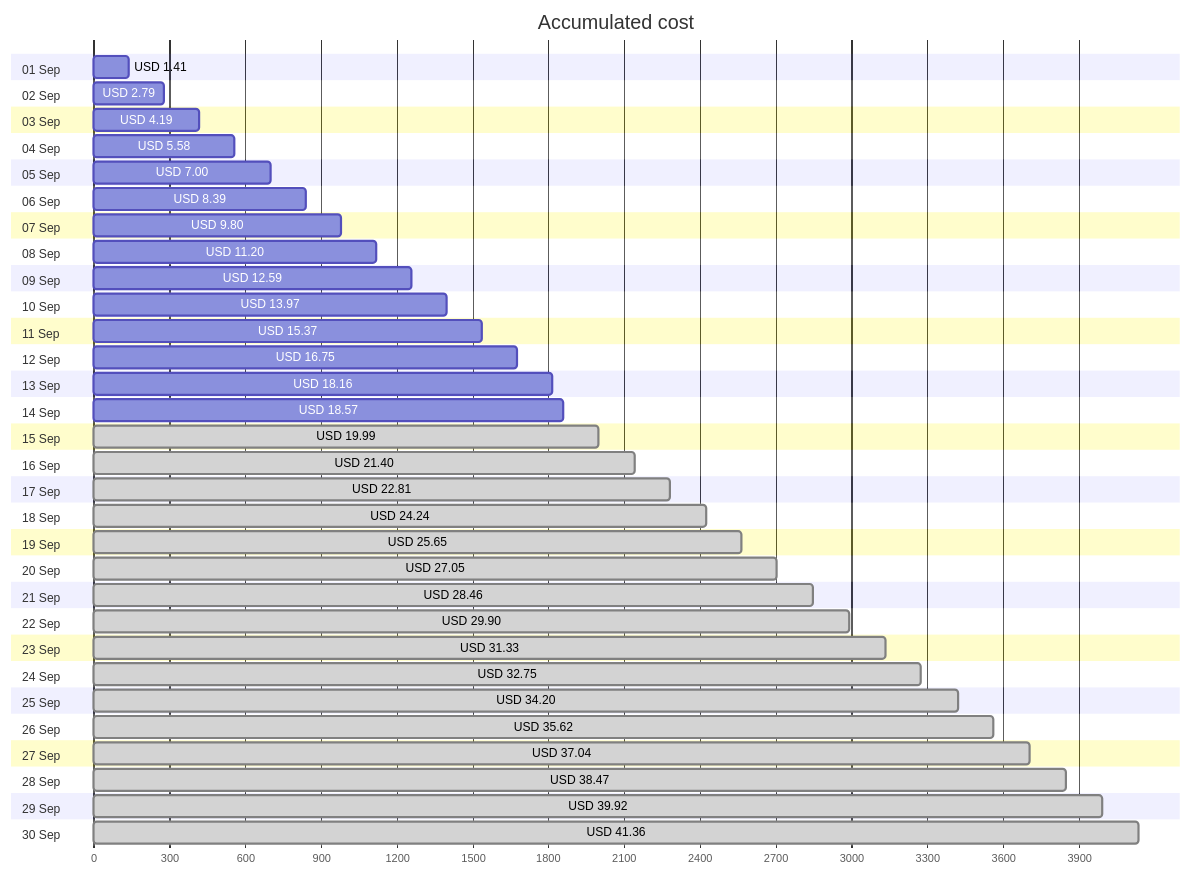
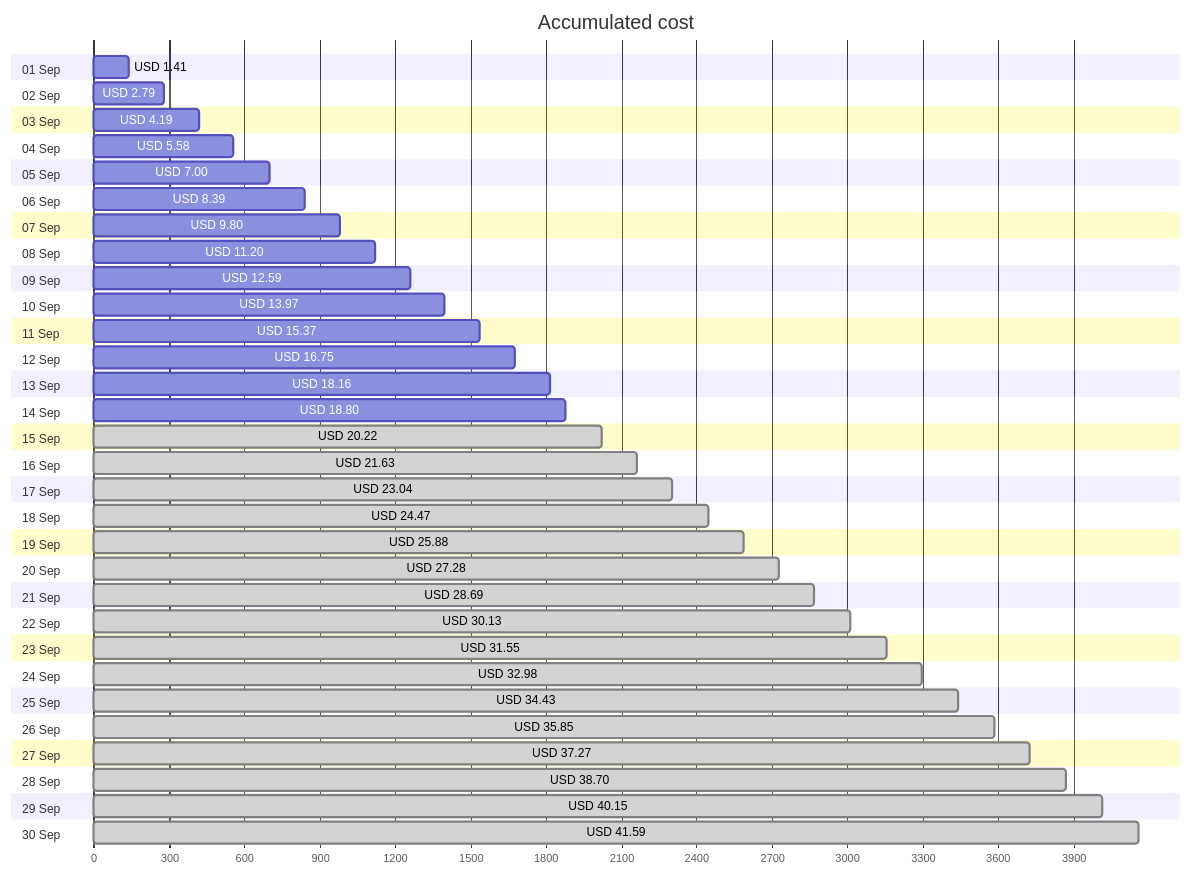
One commit to jpfulton/azure-personal-reports changed the first of 4 diagrams in cost-reports/personal-network/backup-data-disk.md. Above: the diagram before and after it, drawn with Mermaid. The commit also changed other lines of this file and 32 other files, not shown here.

````diff
--- a/cost-reports/personal-network/backup-data-disk.md
+++ b/cost-reports/personal-network/backup-data-disk.md
@@ -20,66 +20,66 @@
 ```mermaid
 gantt
    title Accumulated cost
    dateFormat  X
    axisFormat %s
    section 01 Sep
    USD 1.41 :0, 141
    section 02 Sep
    USD 2.79 :0, 279
    section 03 Sep
    USD 4.19 :0, 419
    section 04 Sep
    USD 5.58 :0, 558
    section 05 Sep
    USD 7.00 :0, 700
    section 06 Sep
    USD 8.39 :0, 839
    section 07 Sep
    USD 9.80 :0, 980
    section 08 Sep
    USD 11.20 :0, 1120
    section 09 Sep
    USD 12.59 :0, 1259
    section 10 Sep
    USD 13.97 :0, 1397
    section 11 Sep
    USD 15.37 :0, 1537
    section 12 Sep
    USD 16.75 :0, 1675
    section 13 Sep
    USD 18.16 :0, 1816
    section 14 Sep
-   USD 18.57 :0, 1857
+   USD 18.80 :0, 1880
    section 15 Sep
-   USD 19.99 : done, 0, 1999
+   USD 20.22 : done, 0, 2022
    section 16 Sep
-   USD 21.40 : done, 0, 2140
+   USD 21.63 : done, 0, 2163
    section 17 Sep
-   USD 22.81 : done, 0, 2281
+   USD 23.04 : done, 0, 2304
    section 18 Sep
-   USD 24.24 : done, 0, 2424
+   USD 24.47 : done, 0, 2447
    section 19 Sep
-   USD 25.65 : done, 0, 2565
+   USD 25.88 : done, 0, 2588
    section 20 Sep
-   USD 27.05 : done, 0, 2705
+   USD 27.28 : done, 0, 2728
    section 21 Sep
-   USD 28.46 : done, 0, 2846
+   USD 28.69 : done, 0, 2869
    section 22 Sep
-   USD 29.90 : done, 0, 2990
+   USD 30.13 : done, 0, 3013
    section 23 Sep
-   USD 31.33 : done, 0, 3133
+   USD 31.55 : done, 0, 3155
    section 24 Sep
-   USD 32.75 : done, 0, 3275
+   USD 32.98 : done, 0, 3298
    section 25 Sep
-   USD 34.20 : done, 0, 3420
+   USD 34.43 : done, 0, 3443
    section 26 Sep
-   USD 35.62 : done, 0, 3562
+   USD 35.85 : done, 0, 3585
    section 27 Sep
-   USD 37.04 : done, 0, 3704
+   USD 37.27 : done, 0, 3727
    section 28 Sep
-   USD 38.47 : done, 0, 3847
+   USD 38.70 : done, 0, 3870
    section 29 Sep
-   USD 39.92 : done, 0, 3992
+   USD 40.15 : done, 0, 4015
    section 30 Sep
-   USD 41.36 : done, 0, 4136
+   USD 41.59 : done, 0, 4159
 ```
````
